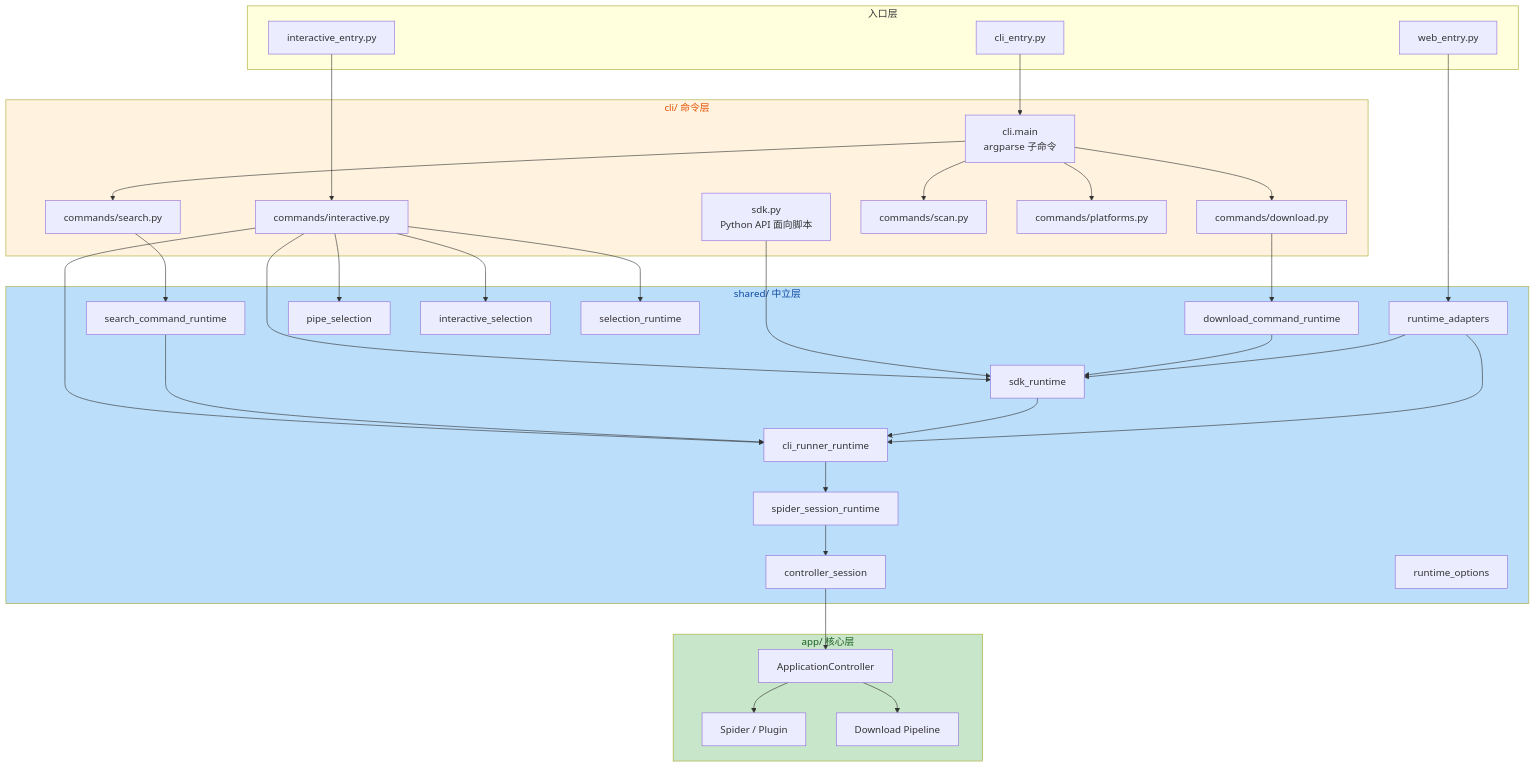
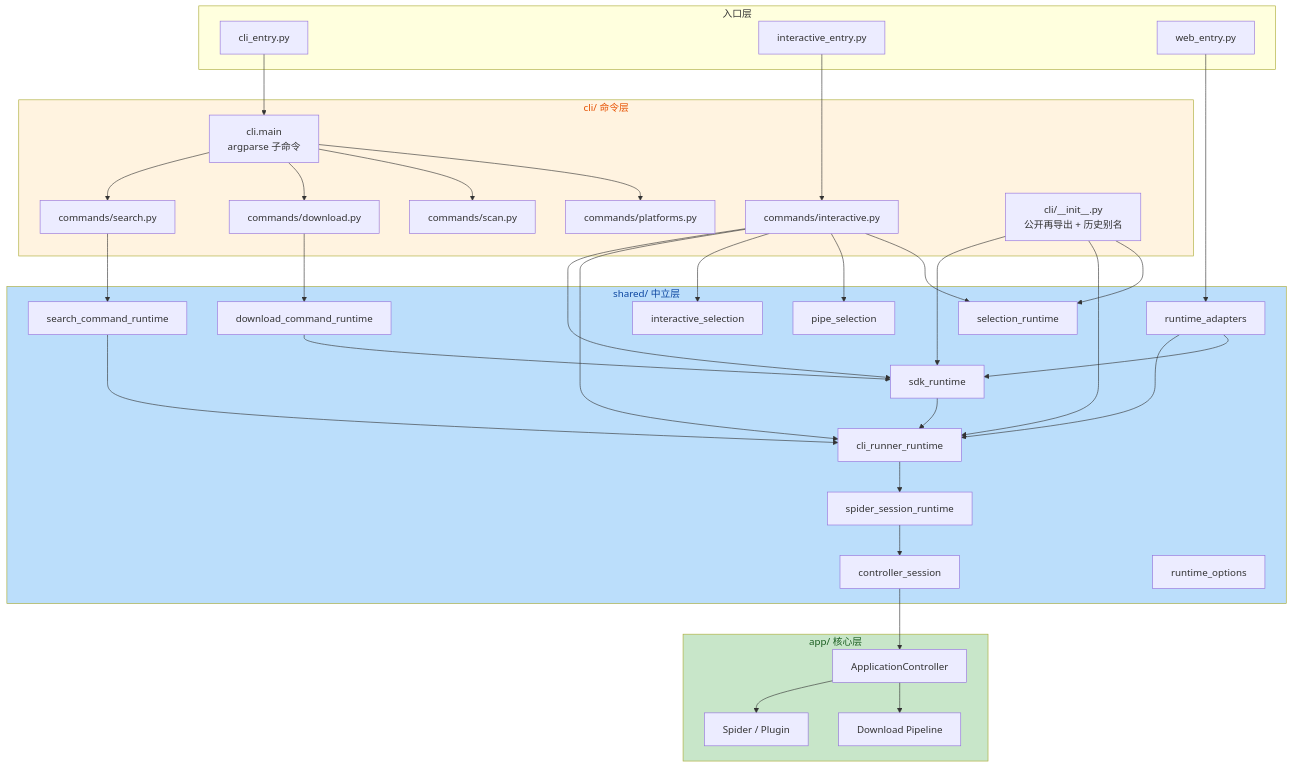
Before and after one commit to haohaizi554/UniversalCrawler: the first of 5 diagrams in mermaid/07-cli-sdk-runtime.md, drawn with Mermaid. The commit also changed other lines of this file and 18 other files, not shown here.

````diff
--- a/mermaid/07-cli-sdk-runtime.md
+++ b/mermaid/07-cli-sdk-runtime.md
@@ -5,73 +5,75 @@
 ```mermaid
 flowchart TB
     subgraph Entry["入口层"]
         CLIEntry["cli_entry.py"]
         InteractiveEntry["interactive_entry.py"]
         WebEntry["web_entry.py"]
     end
 
     subgraph CLI["cli/ 命令层"]
         Main["cli.main<br/>argparse 子命令"]
         CmdSearch["commands/search.py"]
         CmdDownload["commands/download.py"]
         CmdInteractive["commands/interactive.py"]
         CmdScan["commands/scan.py"]
         CmdPlatforms["commands/platforms.py"]
-        SDK["sdk.py<br/>Python API 面向脚本"]
+        PackageInit["cli/__init__.py<br/>公开再导出 + 历史别名"]
     end
 
     subgraph Shared["shared/ 中立层"]
         SearchRt["search_command_runtime"]
         DownloadRt["download_command_runtime"]
         SDKRt["sdk_runtime"]
         CLIRunnerRt["cli_runner_runtime"]
         SpiderSession["spider_session_runtime"]
         ControllerSession["controller_session"]
         RuntimeOpts["runtime_options"]
         RuntimeAdapters["runtime_adapters"]
         PipeSel["pipe_selection"]
         InteractiveSel["interactive_selection"]
         SelectionRt["selection_runtime"]
     end
 
     subgraph App["app/ 核心层"]
         AppCtrl["ApplicationController"]
         Spider["Spider / Plugin"]
         Download["Download Pipeline"]
     end
 
     CLIEntry --> Main
     InteractiveEntry --> CmdInteractive
     WebEntry --> RuntimeAdapters
 
     Main --> CmdSearch
     Main --> CmdDownload
     Main --> CmdScan
     Main --> CmdPlatforms
 
     CmdSearch --> SearchRt
     CmdDownload --> DownloadRt
     CmdInteractive --> SDKRt
     CmdInteractive --> CLIRunnerRt
     CmdInteractive --> InteractiveSel
     CmdInteractive --> PipeSel
     CmdInteractive --> SelectionRt
-    SDK --> SDKRt
+    PackageInit --> SDKRt
+    PackageInit --> CLIRunnerRt
+    PackageInit --> SelectionRt
 
     SearchRt --> CLIRunnerRt
     DownloadRt --> SDKRt
     SDKRt --> CLIRunnerRt
     CLIRunnerRt --> SpiderSession
     SpiderSession --> ControllerSession
     ControllerSession --> AppCtrl
 
     RuntimeAdapters --> CLIRunnerRt
     RuntimeAdapters --> SDKRt
 
     AppCtrl --> Spider
     AppCtrl --> Download
 
     style CLI fill:#fff3e0,color:#e65100
     style Shared fill:#bbdefb,color:#0d47a1
     style App fill:#c8e6c9,color:#1a5e20
 ```
````
